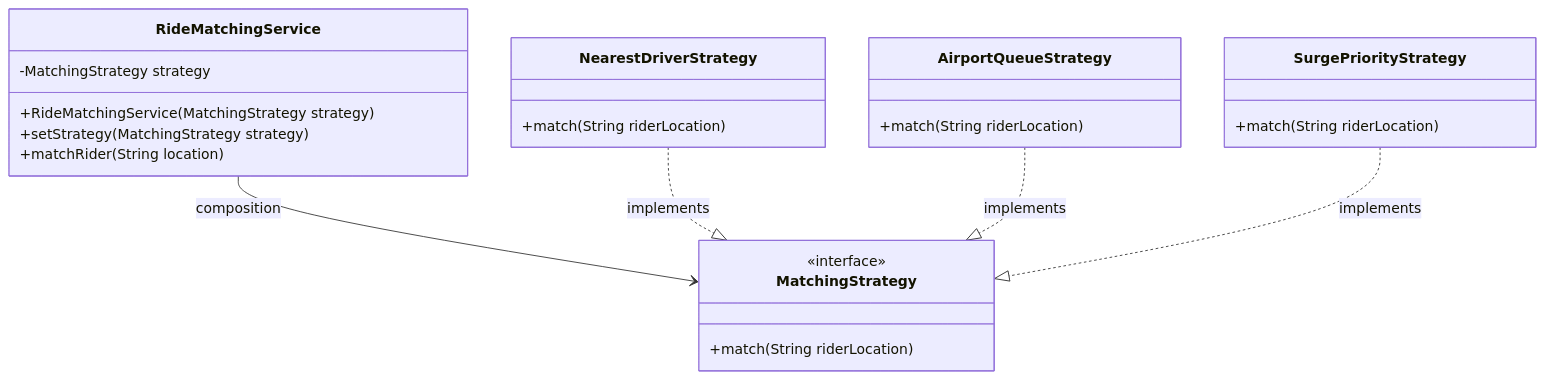
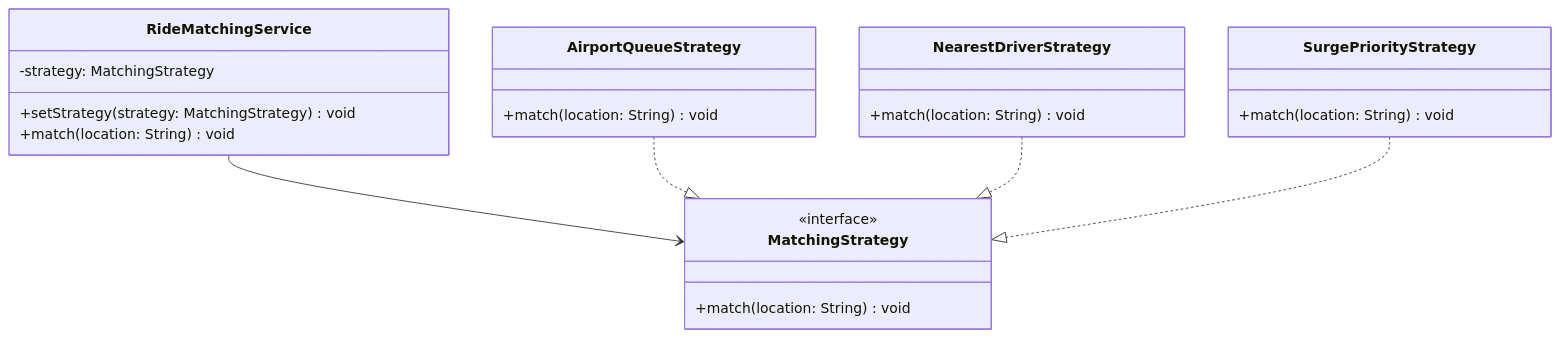
One commit to rizonkumar/solid-design-patterns changed the diagram in src/DesignPatterns/BehaviouralPatterns/NEW/StrageyPattern/StrategyPatternDesignPatternGuide.md. Above: the diagram before and after it, drawn with Mermaid. The commit also changed other lines of this file and 1 other file, not shown here.

Commit message:
feat: add Command Pattern problem demo and update Strategy Pattern documentation

````diff
--- a/src/DesignPatterns/BehaviouralPatterns/NEW/StrageyPattern/StrategyPatternDesignPatternGuide.md
+++ b/src/DesignPatterns/BehaviouralPatterns/NEW/StrageyPattern/StrategyPatternDesignPatternGuide.md
@@ -43,27 +43,26 @@
 ```mermaid
 classDiagram
     class RideMatchingService {
-        -MatchingStrategy strategy
-        +RideMatchingService(MatchingStrategy strategy)
-        +setStrategy(MatchingStrategy strategy)
-        +matchRider(String location)
+        -strategy: MatchingStrategy
+        +setStrategy(strategy: MatchingStrategy) void
+        +match(location: String) void
     }
     class MatchingStrategy {
         <<interface>>
-        +match(String riderLocation)
+        +match(location: String) void
+    }
+    class AirportQueueStrategy {
+        +match(location: String) void
     }
     class NearestDriverStrategy {
-        +match(String riderLocation)
-    }
-    class AirportQueueStrategy {
-        +match(String riderLocation)
+        +match(location: String) void
     }
     class SurgePriorityStrategy {
-        +match(String riderLocation)
+        +match(location: String) void
     }
 
-    RideMatchingService --> MatchingStrategy : composition
-    NearestDriverStrategy ..|> MatchingStrategy : implements
-    AirportQueueStrategy ..|> MatchingStrategy : implements
-    SurgePriorityStrategy ..|> MatchingStrategy : implements
+    RideMatchingService --> MatchingStrategy
+    AirportQueueStrategy ..|> MatchingStrategy
+    NearestDriverStrategy ..|> MatchingStrategy
+    SurgePriorityStrategy ..|> MatchingStrategy
 ```
````
